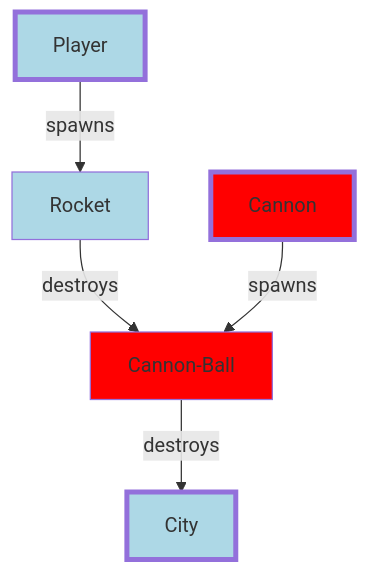
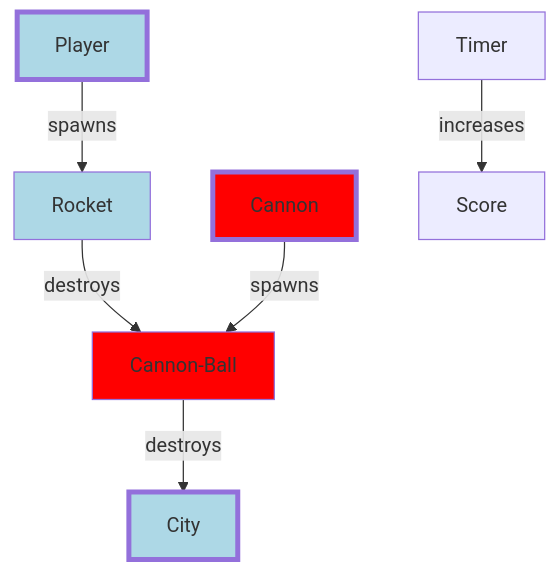
The diagram in README.md (dyerjos/LudumDare50), drawn with Mermaid before and after one commit.

Commit message:
flow chart work

````diff
--- a/README.md
+++ b/README.md
@@ -1,18 +1,21 @@
 ```mermaid
 graph TD
     Player
     Rocket
     Cannon
     Cannon-Ball
     City
+    Timer
+    Score
 
     Player -- spawns --> Rocket -- destroys --> Cannon-Ball
     Cannon -- spawns --> Cannon-Ball -- destroys --> City
+    Timer -- increases --> Score
 
     style Player stroke-width:4px, fill:lightblue
     style Rocket fill:lightblue
     style Cannon stroke-width:4px, fill:red
     style Cannon-Ball fill:red
     style City stroke-width:4px, fill:lightblue
 
 ```
````
